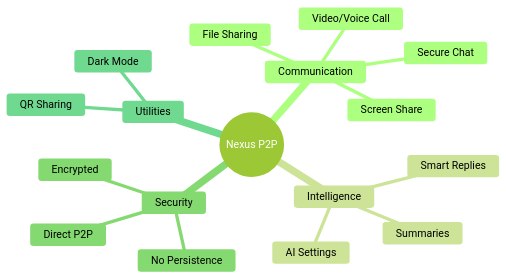
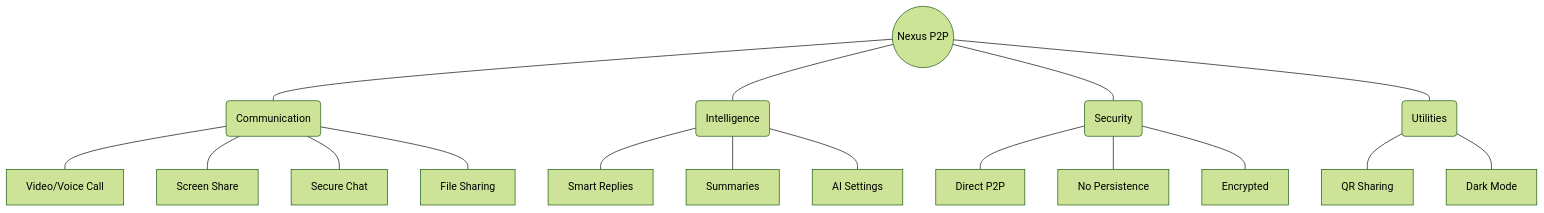
One commit to nafis-sadik/Nexus-P2P changed the diagram in README.md. Above: the diagram before and after it, drawn with Mermaid (forest theme). The commit also changed 2 other files, not shown here.

Commit message:
docs: Update diagrams and references
Refactors the mermaid diagrams in multiple markdown files to use `flowchart` over `graph` for consistency and clarity. Updates section numbering in `ARCHITECTURE_P2P.md` to reflect a more logical flow. Also, updates the README to use a flowchart instead of a mindmap for a more structured overview.

````diff
--- a/README.md
+++ b/README.md
@@ -5,20 +5,30 @@
 ```mermaid
-mindmap
-  root((Nexus P2P))
-    Communication
-      Video/Voice Call
-      Screen Share
-      Secure Chat
-      File Sharing
-    Intelligence
-      Smart Replies
-      Summaries
-      AI Settings
-    Security
-      Direct P2P
-      No Persistence
-      Encrypted
-    Utilities
-      QR Sharing
-      Dark Mode
+flowchart TD
+    Root((Nexus P2P))
+    
+    Communication(Communication)
+    Intelligence(Intelligence)
+    Security(Security)
+    Utilities(Utilities)
+    
+    Root --- Communication
+    Root --- Intelligence
+    Root --- Security
+    Root --- Utilities
+    
+    Communication --- V[Video/Voice Call]
+    Communication --- SS[Screen Share]
+    Communication --- SC[Secure Chat]
+    Communication --- FS[File Sharing]
+    
+    Intelligence --- SR[Smart Replies]
+    Intelligence --- S[Summaries]
+    Intelligence --- AS[AI Settings]
+    
+    Security --- DP2P[Direct P2P]
+    Security --- NP[No Persistence]
+    Security --- E[Encrypted]
+    
+    Utilities --- QR[QR Sharing]
+    Utilities --- DM[Dark Mode]
 ```
````
